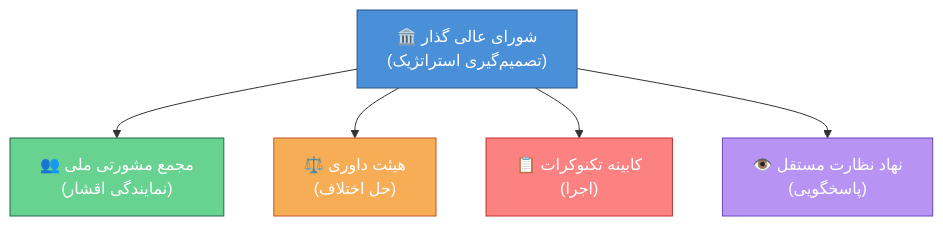
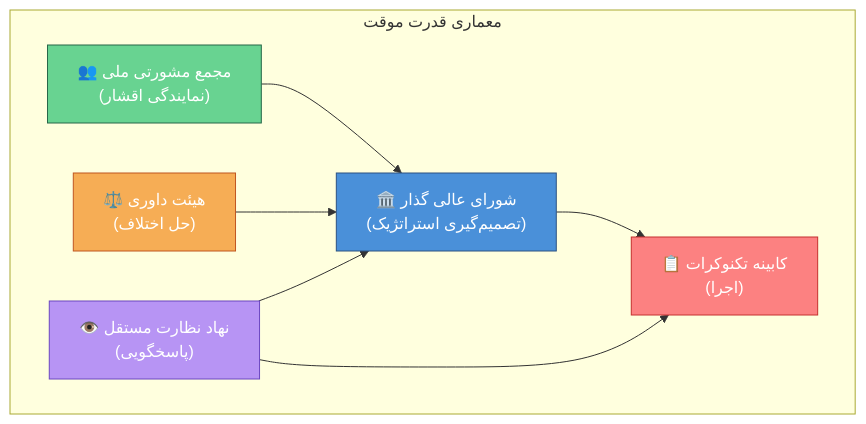
One commit to mahhdy/MahdiSalem.com changed diagram 11 of 43 in src/content/articles/fa/آشنایی-با-دوران-گذار-انقلابی.mdx. Above: the diagram before and after it, drawn with Mermaid. The commit also changed other lines of this file and 4 other files, not shown here.

````diff
--- a/src/content/articles/fa/آشنایی-با-دوران-گذار-انقلابی.mdx
+++ b/src/content/articles/fa/آشنایی-با-دوران-گذار-انقلابی.mdx
@@ -226,13 +414,22 @@
 ```mermaid
 flowchart TB
-    A["🏛️ شورای عالی گذار<br/>(تصمیم‌گیری استراتژیک)"] --> B["👥 مجمع مشورتی ملی<br/>(نمایندگی اقشار)"]
-    A --> C["⚖️ هیئت داوری<br/>(حل اختلاف)"]
-    A --> D["📋 کابینه تکنوکرات<br/>(اجرا)"]
-    A --> E["👁️ نهاد نظارت مستقل<br/>(پاسخگویی)"]
+    subgraph "معماری قدرت موقت"
+        A["🏛️ شورای عالی گذار<br/>(تصمیم‌گیری استراتژیک)"]
+        B["👥 مجمع مشورتی ملی<br/>(نمایندگی اقشار)"]
+        C["⚖️ هیئت داوری<br/>(حل اختلاف)"]
+        D["📋 کابینه تکنوکرات<br/>(اجرا)"]
+        E["👁️ نهاد نظارت مستقل<br/>(پاسخگویی)"]
+
+        B --> A
+        A --> D
+        C --> A
+        E --> D
+        E --> A
+    end
 
     style A fill:#4a90d9,stroke:#2c5282,color:#fff
     style B fill:#68d391,stroke:#276749,color:#fff
     style C fill:#f6ad55,stroke:#c05621,color:#fff
     style D fill:#fc8181,stroke:#c53030,color:#fff
     style E fill:#b794f4,stroke:#6b46c1,color:#fff
 ```
````
